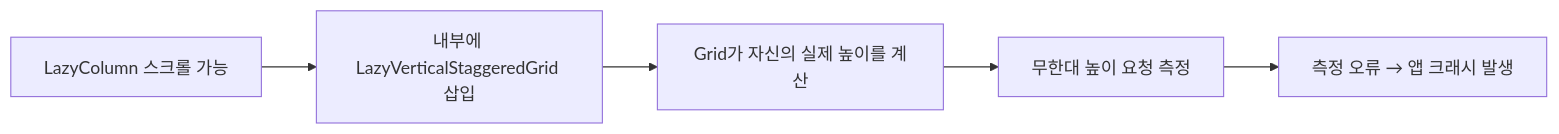
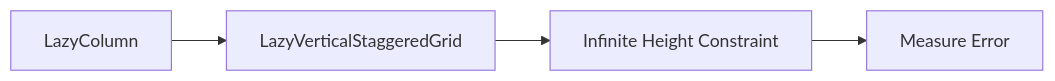
The second of 4 diagrams in README.md (UiHyeon-Kim/PrographyProject), drawn with Mermaid before and after one commit. The commit also changed other lines of this file, not shown here.

````diff
--- a/README.md
+++ b/README.md
@@ -123,9 +86,9 @@
 ```mermaid
 flowchart LR
+    A["LazyColumn"]
+    B["LazyVerticalStaggeredGrid"]
+    C["Infinite Height Constraint"]
+    D["Measure Error"]
 
-A[LazyColumn 스크롤 가능] --> B[내부에 LazyVerticalStaggeredGrid 삽입]
-B --> C[Grid가 자신의 실제 높이를 계산]
-C --> D[무한대 높이 요청 측정]
-D --> E[측정 오류 → 앱 크래시 발생]
-
+    A --> B --> C --> D
 ```
````
